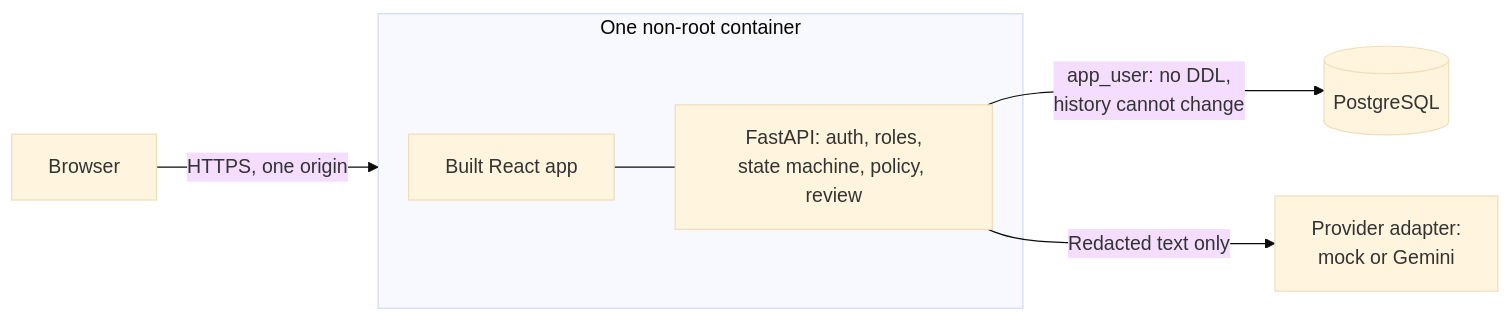
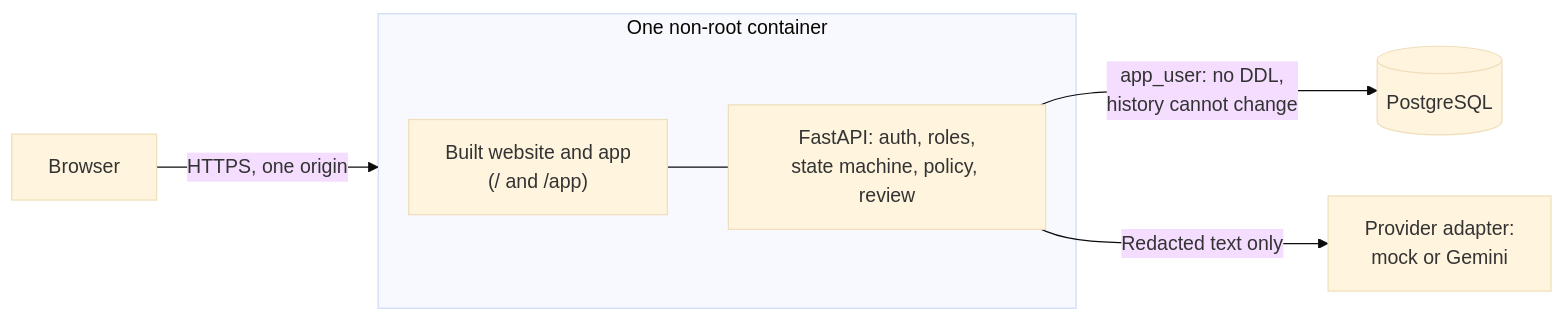
The second of 2 diagrams in README.md (ved-cmpt/iknowserviceai), drawn with Mermaid (base theme) before and after one commit. The commit also changed other lines of this file and 41 other files, not shown here.

````diff
--- a/README.md
+++ b/README.md
@@ -112,9 +116,9 @@
 ```mermaid
 flowchart LR
     B[Browser] -->|"HTTPS, one origin"| A
     subgraph A["One non-root container"]
-      S[Built React app] --- F[FastAPI: auth, roles,<br/>state machine, policy, review]
+      S["Built website and app<br/>(/ and /app)"] --- F[FastAPI: auth, roles,<br/>state machine, policy, review]
     end
     F -->|"app_user: no DDL,<br/>history cannot change"| D[(PostgreSQL)]
     F -->|"Redacted text only"| P["Provider adapter:<br/>mock or Gemini"]
 ```
````
